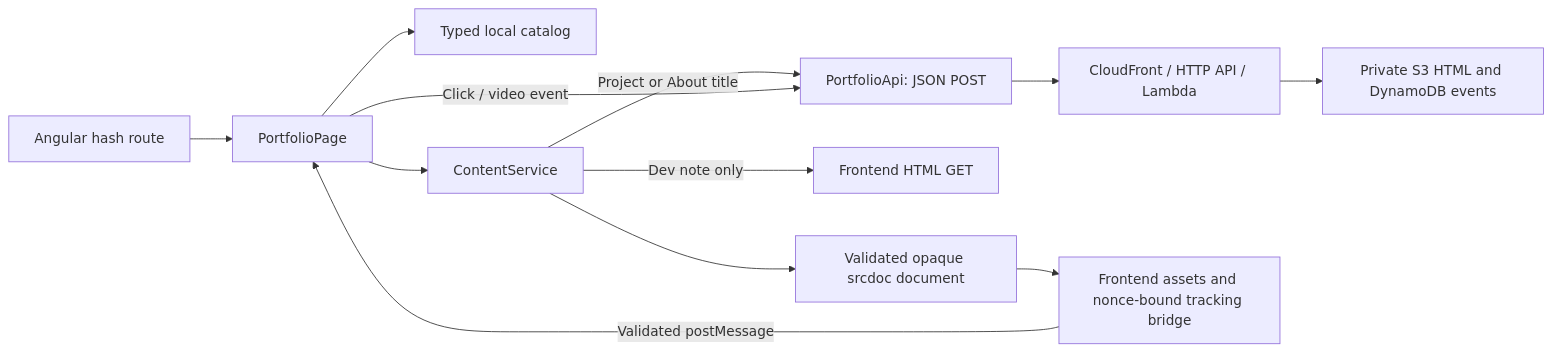
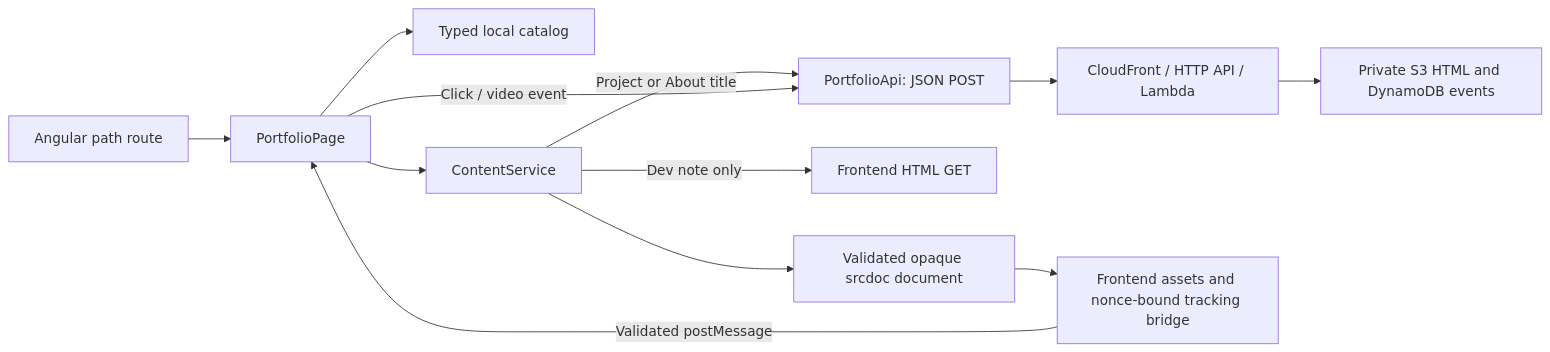
Before and after one commit to gopalcb/my-lab-portfolio: the diagram in ARCHITECTURE.md, drawn with Mermaid. The commit also changed other lines of this file and 13 other files, not shown here.

````diff
--- a/ARCHITECTURE.md
+++ b/ARCHITECTURE.md
@@ -3,14 +3,14 @@
 ```mermaid
 flowchart LR
-    R[Angular hash route] --> P[PortfolioPage]
+    R[Angular path route] --> P[PortfolioPage]
     P --> C[Typed local catalog]
     P --> S[ContentService]
     S -->|Project or About title| A[PortfolioApi: JSON POST]
     S -->|Dev note only| L[Frontend HTML GET]
     A --> CF[CloudFront / HTTP API / Lambda]
     CF --> D[Private S3 HTML and DynamoDB events]
     S --> I[Validated opaque srcdoc document]
     I --> F[Frontend assets and nonce-bound tracking bridge]
     F -->|Validated postMessage| P
     P -->|Click / video event| A
 ```
````
